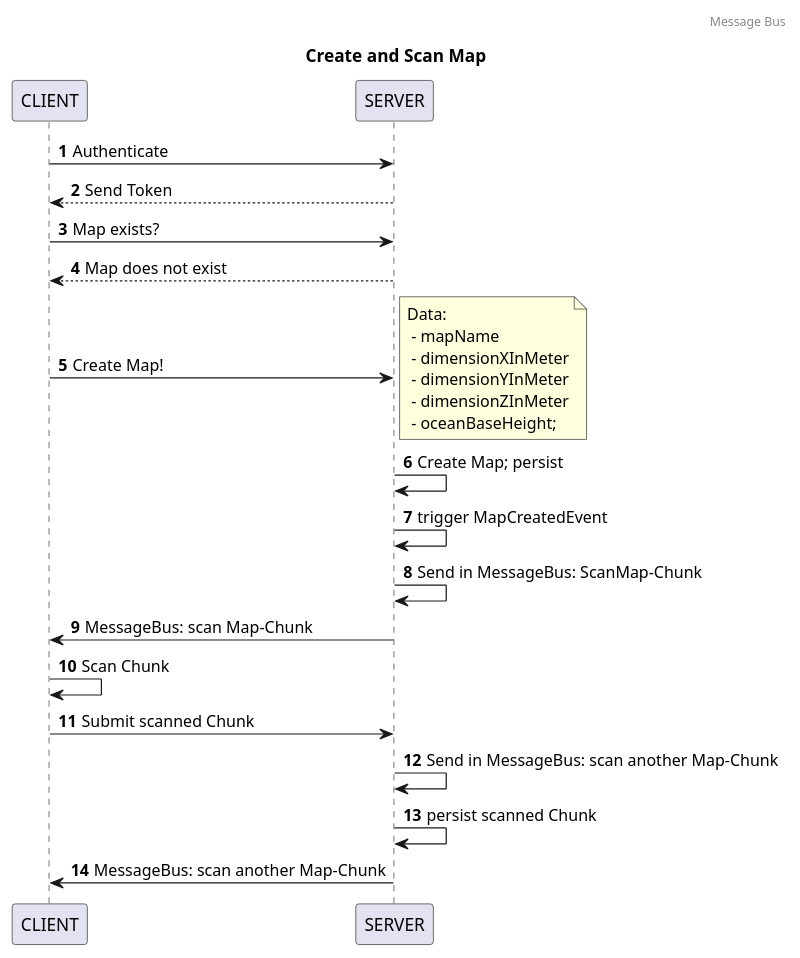
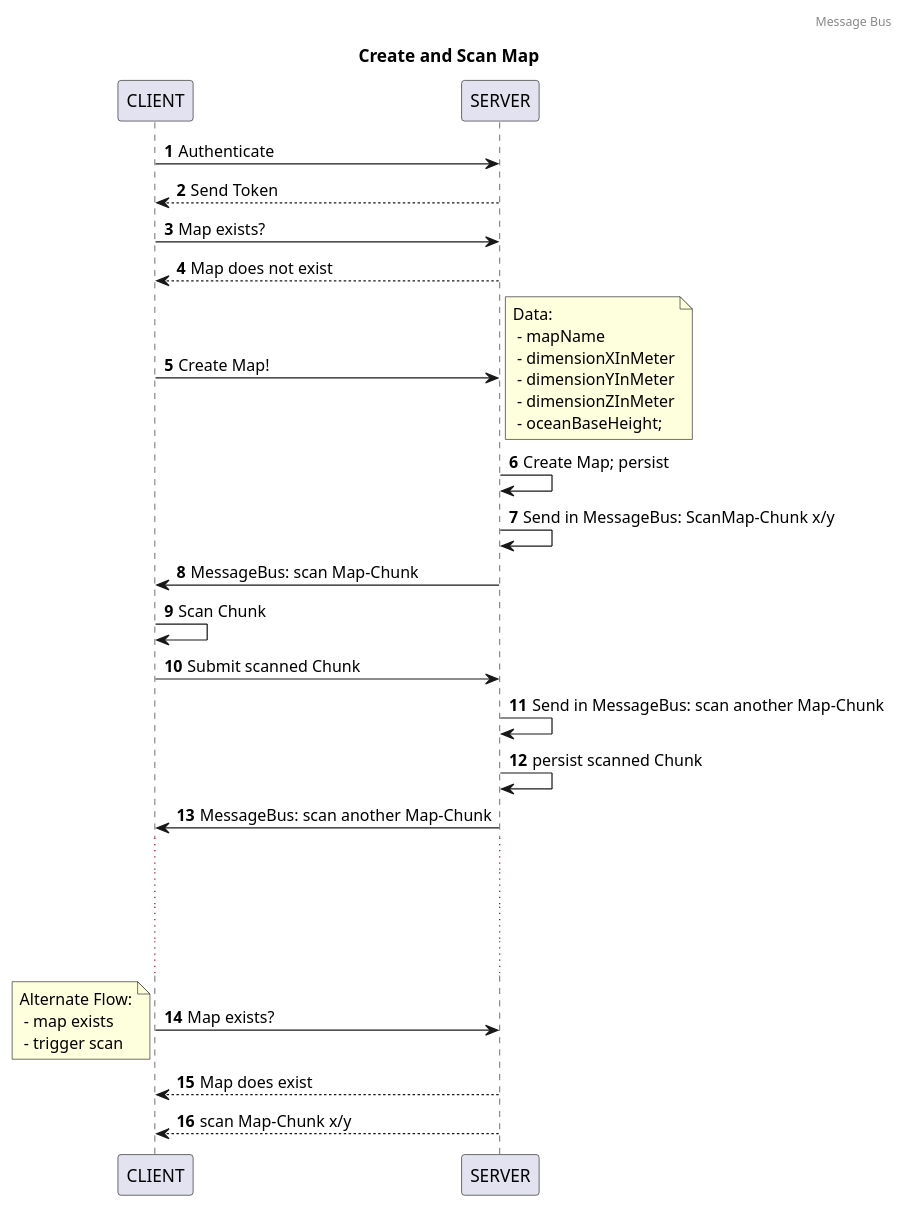
One commit to svencc/ReforgerCommanderBackend changed the diagram in docs/concept/Map-Creation.puml. Above: the diagram before and after it, drawn with PlantUML. The commit also changed 1 other file, not shown here.

Commit message:
work on Map-Creation.puml Flow

```diff
--- a/docs/concept/Map-Creation.puml
+++ b/docs/concept/Map-Creation.puml
@@ -1,37 +1,49 @@
 @startuml
 'https://plantuml.com/sequence-diagram
 
 header Message Bus
 title Create and Scan Map
 
 autonumber
 
 CLIENT -> SERVER: Authenticate
 CLIENT <-- SERVER: Send Token
 CLIENT -> SERVER: Map exists?
 CLIENT <-- SERVER: Map does not exist
 CLIENT -> SERVER: Create Map!
 note right
 Data:
  - mapName
  - dimensionXInMeter
  - dimensionYInMeter
  - dimensionZInMeter
  - oceanBaseHeight;
 end note
 SERVER -> SERVER: Create Map; persist
-SERVER -> SERVER: trigger MapCreatedEvent
-SERVER -> SERVER: Send in MessageBus: ScanMap-Chunk
+SERVER -> SERVER: Send in MessageBus: ScanMap-Chunk x/y
 SERVER -> CLIENT: MessageBus: scan Map-Chunk
 CLIENT -> CLIENT: Scan Chunk
 CLIENT -> SERVER: Submit scanned Chunk
 
 SERVER -> SERVER: Send in MessageBus: scan another Map-Chunk
 SERVER -> SERVER: persist scanned Chunk
 SERVER -> CLIENT: MessageBus: scan another Map-Chunk
 
+...
+...
+...
+...
 
+
+CLIENT -> SERVER: Map exists?
+note left
+Alternate Flow:
+ - map exists
+ - trigger scan
+end note
+CLIENT <-- SERVER: Map does exist
+CLIENT <-- SERVER: scan Map-Chunk x/y
 
 
 
 @enduml
```
